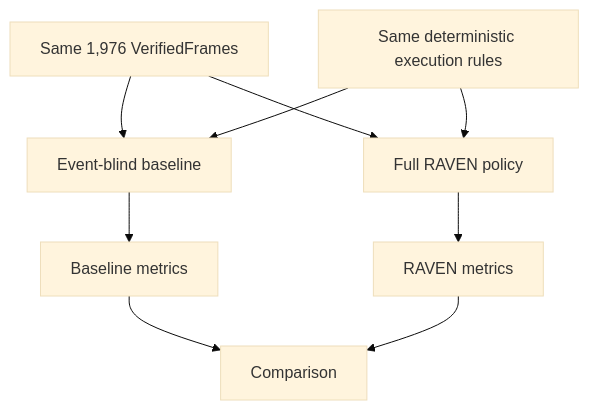
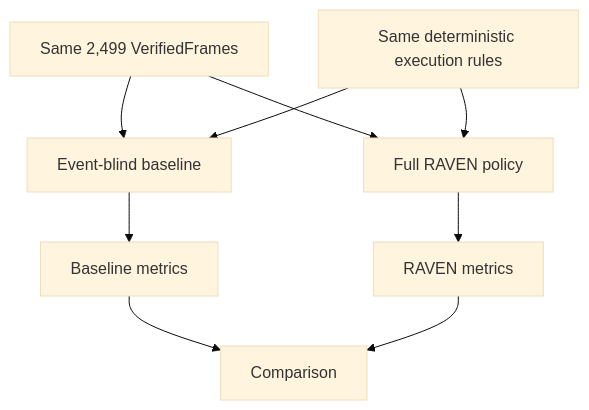
Before and after one commit to karagozemin/RAVEN: the tenth of 11 diagrams in ARCHITECTURE.md, drawn with Mermaid (base theme). The commit also changed other lines of this file and 26 other files, not shown here.

````diff
--- a/ARCHITECTURE.md
+++ b/ARCHITECTURE.md
@@ -315,11 +317,11 @@
 ```mermaid
 flowchart TB
-    FRAMES[Same 1,976 VerifiedFrames] --> B[Event-blind baseline]
+    FRAMES[Same 2,499 VerifiedFrames] --> B[Event-blind baseline]
     FRAMES --> R[Full RAVEN policy]
     EXEC[Same deterministic execution rules] --> B
     EXEC --> R
     B --> BM[Baseline metrics]
     R --> RM[RAVEN metrics]
     BM --> C[Comparison]
     RM --> C
 ```
````
